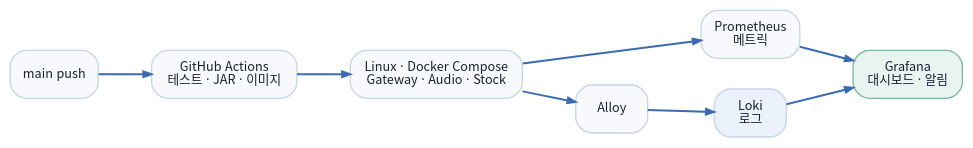
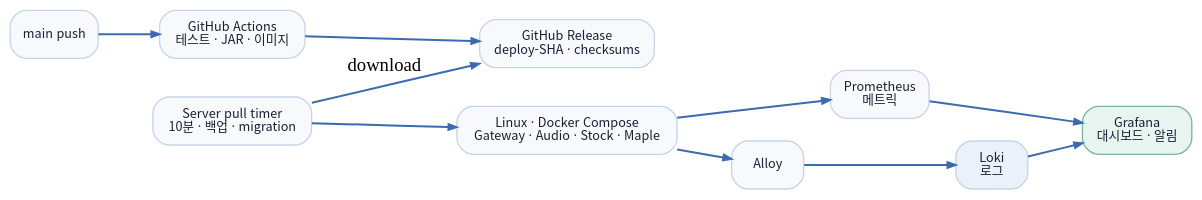
One commit to som141/som-resume changed the diagram in portfolio/assets/diagrams/dis-ops.dot. Above: the diagram before and after it, drawn with Graphviz. The commit also changed 11 other files, not shown here.

```diff
--- a/portfolio/assets/diagrams/dis-ops.dot
+++ b/portfolio/assets/diagrams/dis-ops.dot
@@ -1,15 +1,19 @@
 digraph G {
   graph [rankdir=LR, bgcolor="transparent", pad=0.2, nodesep=0.32, ranksep=0.55];
   node [shape=box, style="rounded,filled", fontname="Noto Sans CJK KR", fontsize=9.5, color="#c7d5e7", fillcolor="#f7f9fc", fontcolor="#172033", margin="0.12,0.08"];
   edge [color="#3b6bb1", penwidth=1.5, arrowsize=0.6];
   m [label="main push"];
   c [label="GitHub Actions\n테스트 · JAR · 이미지"];
-  d [label="Linux · Docker Compose\nGateway · Audio · Stock"];
+  d [label="Linux · Docker Compose\nGateway · Audio · Stock · Maple"];
   p [label="Prometheus\n메트릭"];
   g [label="Grafana\n대시보드 · 알림", fillcolor="#e8f4ef", color="#7cb59d"];
   a [label="Alloy"];
   l [label="Loki\n로그", fillcolor="#eaf1fa"];
-  m -> c -> d;
+  r [label="GitHub Release\ndeploy-SHA · checksums"];
+  t [label="Server pull timer\n10분 · 백업 · migration"];
+  m -> c -> r;
+  t -> r [label="download"];
+  t -> d;
   d -> p -> g;
   d -> a -> l -> g;
 }
```
